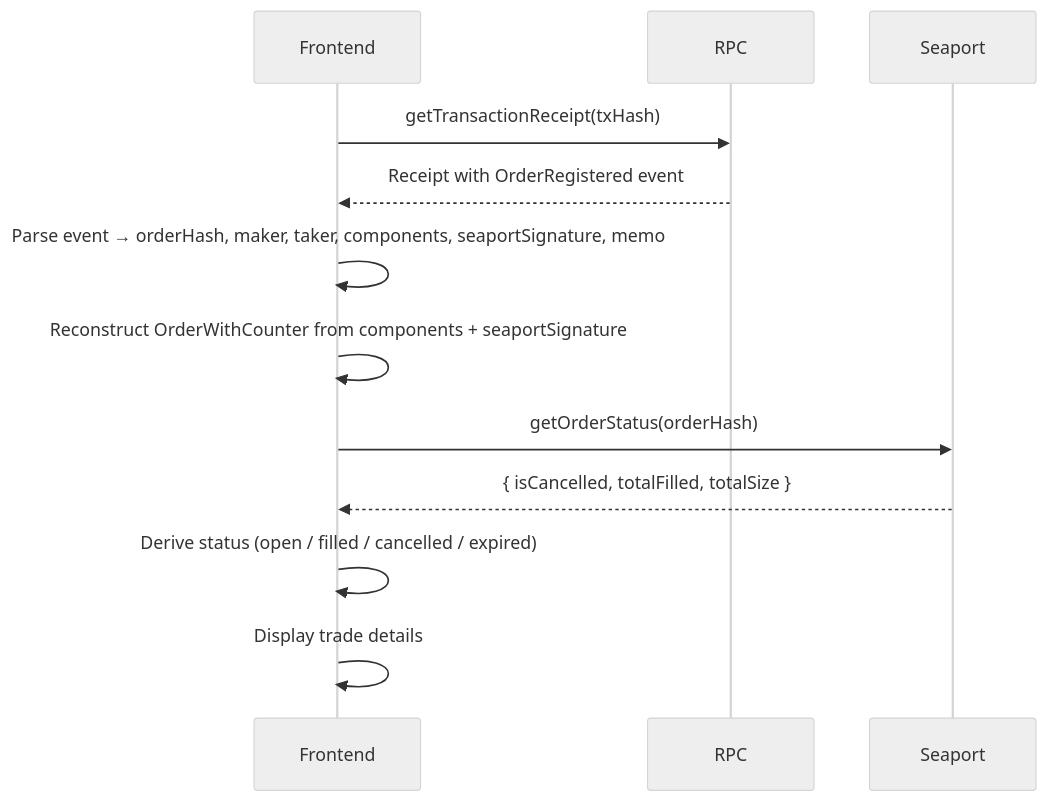
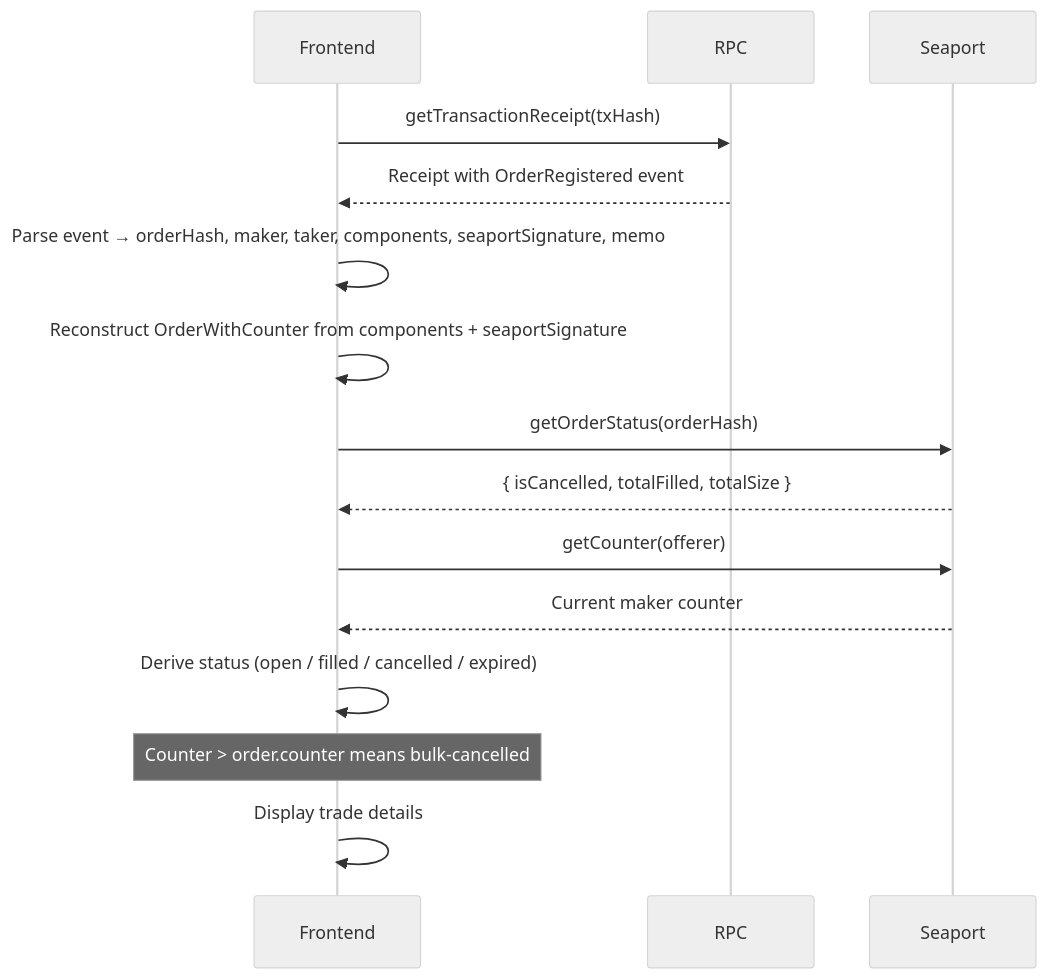
The second of 5 diagrams in docs/flows.md (shukudaidayo/ocarina-trade), drawn with Mermaid (neutral theme) before and after one commit. The commit also changed other lines of this file and 4 other files, not shown here.

````diff
--- a/docs/flows.md
+++ b/docs/flows.md
@@ -46,18 +54,22 @@
 ```mermaid
 sequenceDiagram
     participant F as Frontend
     participant R as RPC
     participant S as Seaport
 
     F->>R: getTransactionReceipt(txHash)
     R-->>F: Receipt with OrderRegistered event
 
     F->>F: Parse event → orderHash, maker, taker, components, seaportSignature, memo
     F->>F: Reconstruct OrderWithCounter from components + seaportSignature
 
     F->>S: getOrderStatus(orderHash)
     S-->>F: { isCancelled, totalFilled, totalSize }
 
+    F->>S: getCounter(offerer)
+    S-->>F: Current maker counter
+
     F->>F: Derive status (open / filled / cancelled / expired)
+    Note over F: Counter > order.counter means bulk-cancelled
     F->>F: Display trade details
 ```
````
